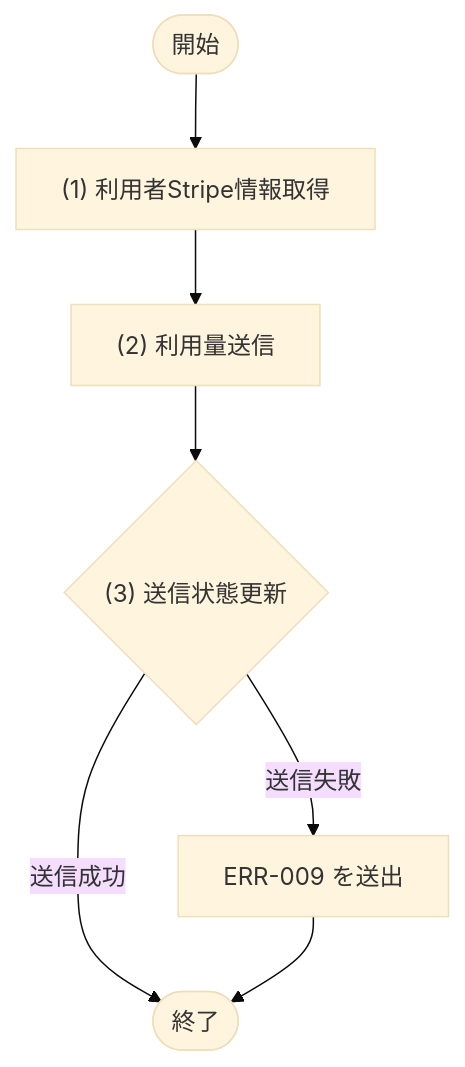
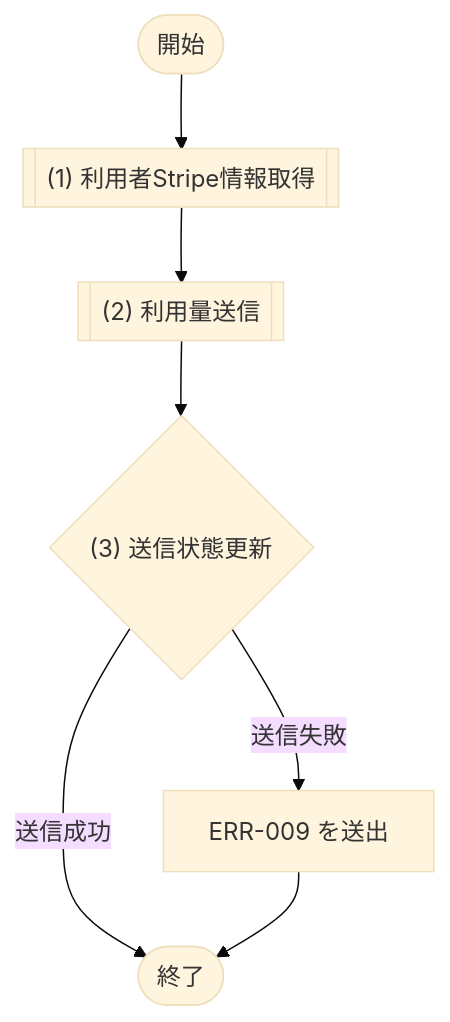
One commit to sikakou54/system-document-template changed the sixth of 6 diagrams in docs/03_機能設計/05_モジュール設計/MOD-007_課金サービス.md. Above: the diagram before and after it, drawn with Mermaid (base theme). The commit also changed other lines of this file and 28 other files, not shown here.

````diff
--- a/docs/03_機能設計/05_モジュール設計/MOD-007_課金サービス.md
+++ b/docs/03_機能設計/05_モジュール設計/MOD-007_課金サービス.md
@@ -691,13 +691,13 @@
 ```mermaid
 flowchart TD
   Start([開始])
-  P1["(1) 利用者Stripe情報取得"]
-  P2["(2) 利用量送信"]
+  P1[["(1) 利用者Stripe情報取得"]]
+  P2[["(2) 利用量送信"]]
   D1{"(3) 送信状態更新"}
   E1["ERR-009 を送出"]
   End([終了])
 
   Start --> P1 --> P2 --> D1
   D1 -- "送信成功" --> End
   D1 -- "送信失敗" --> E1 --> End
 ```
````
